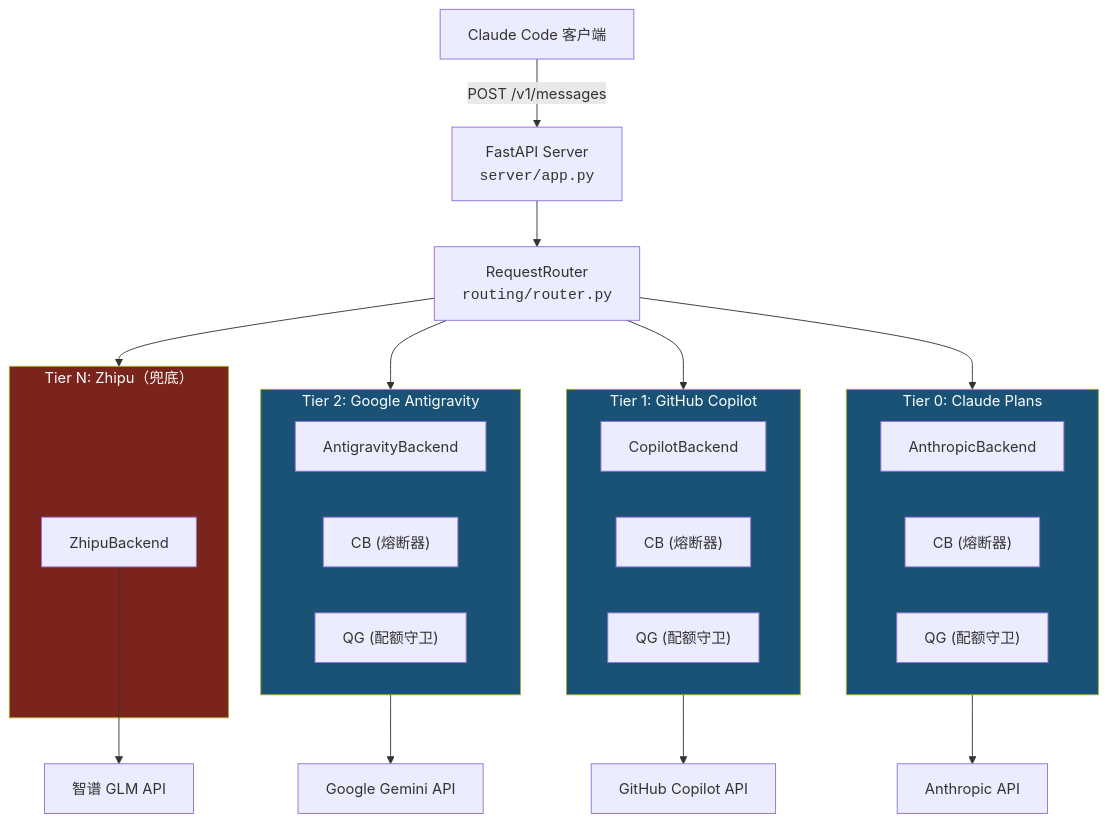
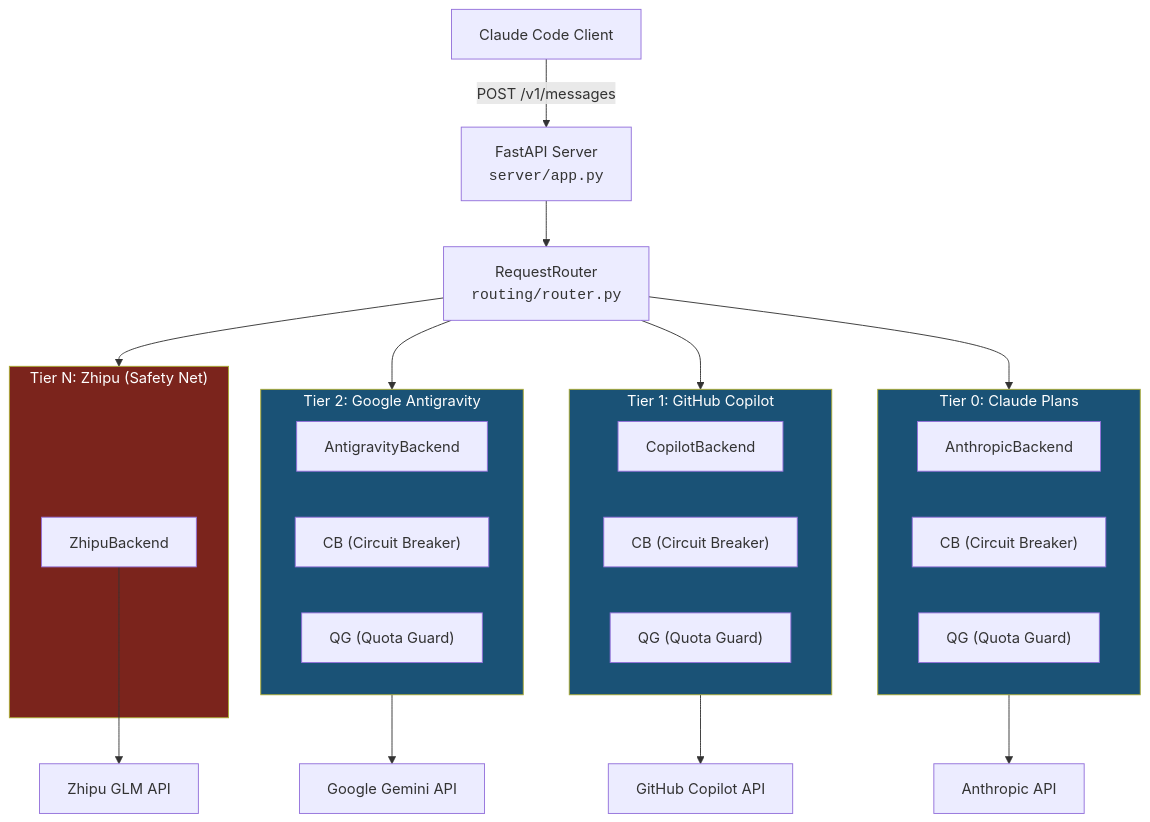
Before and after one commit to ThreeFish-AI/coding-proxy: the diagram in README.md, drawn with Mermaid. The commit also changed other lines of this file and 1 other file, not shown here.

````diff
--- a/README.md
+++ b/README.md
@@ -91,49 +93,49 @@
 ```mermaid
 graph TD
-    Client["Claude Code 客户端"]
+    Client["Claude Code Client"]
     Server["FastAPI Server<br/><code>server/app.py</code>"]
     Router["RequestRouter<br/><code>routing/router.py</code>"]
 
     Client -->|"POST /v1/messages"| Server
     Server --> Router
 
     Router --> T0
     Router --> T1
     Router --> T2
     Router --> TN
 
     subgraph T0["Tier 0: Claude Plans"]
         direction LR
         A_BE["AnthropicBackend"]
-        A_CB["CB (熔断器)"]
-        A_QG["QG (配额守卫)"]
+        A_CB["CB (Circuit Breaker)"]
+        A_QG["QG (Quota Guard)"]
     end
 
     subgraph T1["Tier 1: GitHub Copilot"]
         direction LR
         C_BE["CopilotBackend"]
-        C_CB["CB (熔断器)"]
-        C_QG["QG (配额守卫)"]
+        C_CB["CB (Circuit Breaker)"]
+        C_QG["QG (Quota Guard)"]
     end
 
     subgraph T2["Tier 2: Google Antigravity"]
         direction LR
         G_BE["AntigravityBackend"]
-        G_CB["CB (熔断器)"]
-        G_QG["QG (配额守卫)"]
+        G_CB["CB (Circuit Breaker)"]
+        G_QG["QG (Quota Guard)"]
     end
 
-    subgraph TN["Tier N: Zhipu（兜底）"]
+    subgraph TN["Tier N: Zhipu (Safety Net)"]
         Z_BE["ZhipuBackend"]
     end
 
     A_BE --> API_A["Anthropic API"]
     C_BE --> API_C["GitHub Copilot API"]
     G_BE --> API_G["Google Gemini API"]
-    Z_BE --> API_Z["智谱 GLM API"]
+    Z_BE --> API_Z["Zhipu GLM API"]
 
     style T0 fill:#1a5276,color:#fff
     style T1 fill:#1a5276,color:#fff
     style T2 fill:#1a5276,color:#fff
     style TN fill:#7b241c,color:#fff
 ```
````
